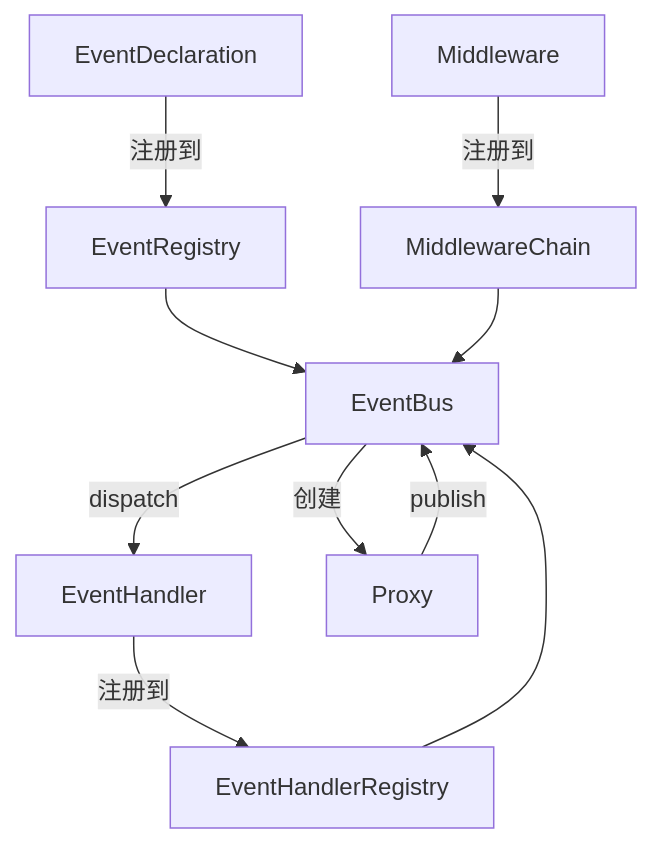
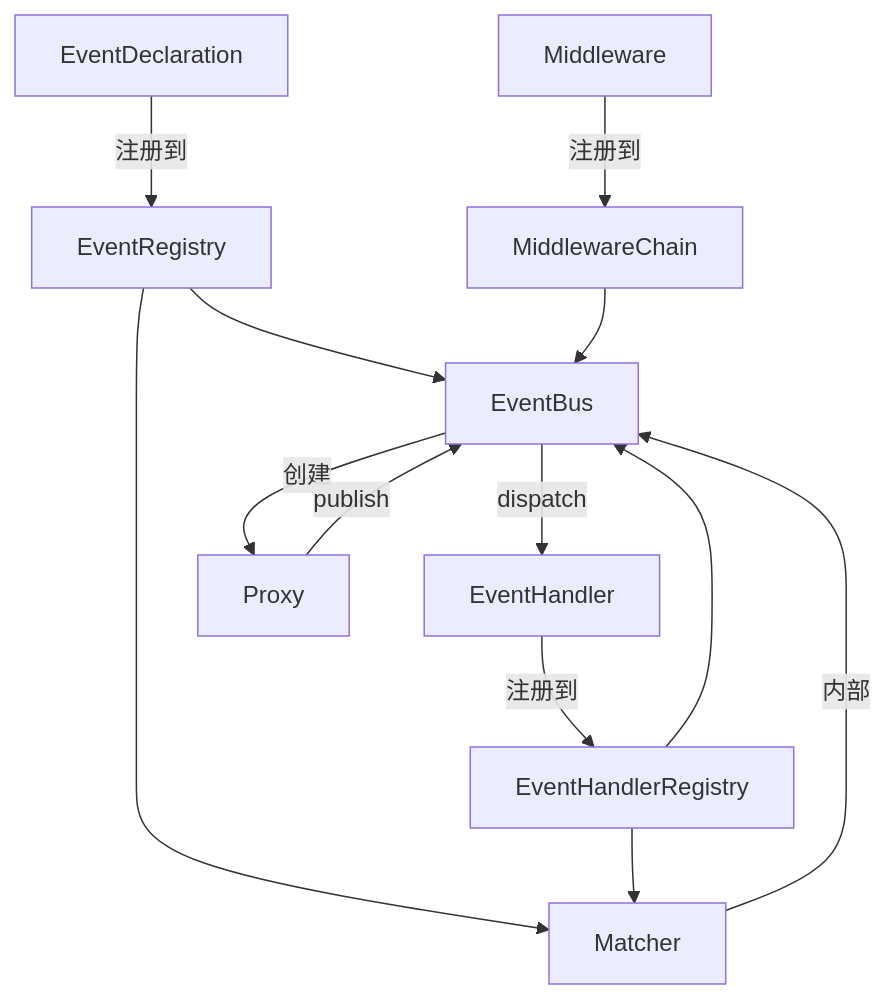
One commit to yinbailiang/event_bus changed the diagram in docs/event_bus.md. Above: the diagram before and after it, drawn with Mermaid. The commit also changed other lines of this file and 4 other files, not shown here.

````diff
--- a/docs/event_bus.md
+++ b/docs/event_bus.md
@@ -23,12 +24,15 @@
 ```mermaid
 graph TD
     ED[EventDeclaration] -->|注册到| ER[EventRegistry]
     EH[EventHandler] -->|注册到| HR[EventHandlerRegistry]
     MW[Middleware] -->|注册到| MC[MiddlewareChain]
     ER --> EB[EventBus]
     HR --> EB
+    ER --> MT[Matcher]
+    HR --> MT
+    MT -->|内部| EB
     MC --> EB
     EB -->|创建| PX[Proxy]
     PX -->|publish| EB
     EB -->|dispatch| EH
 ```
````
